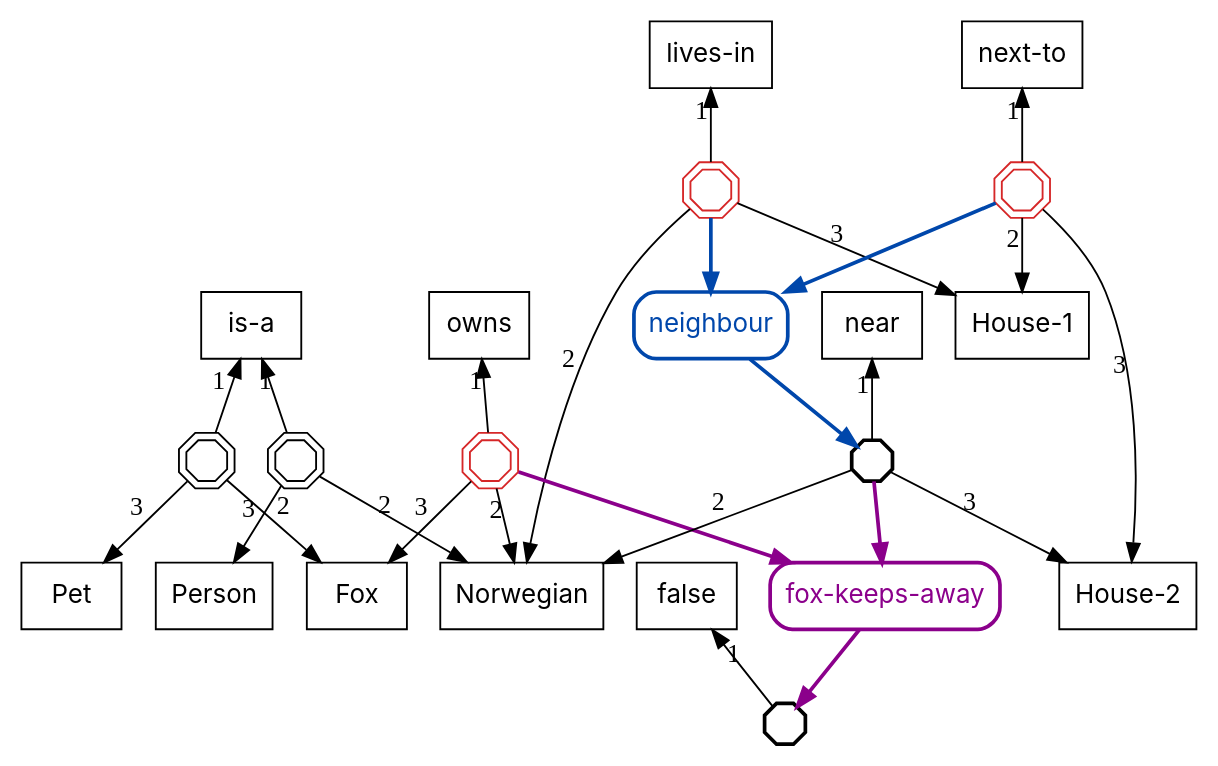
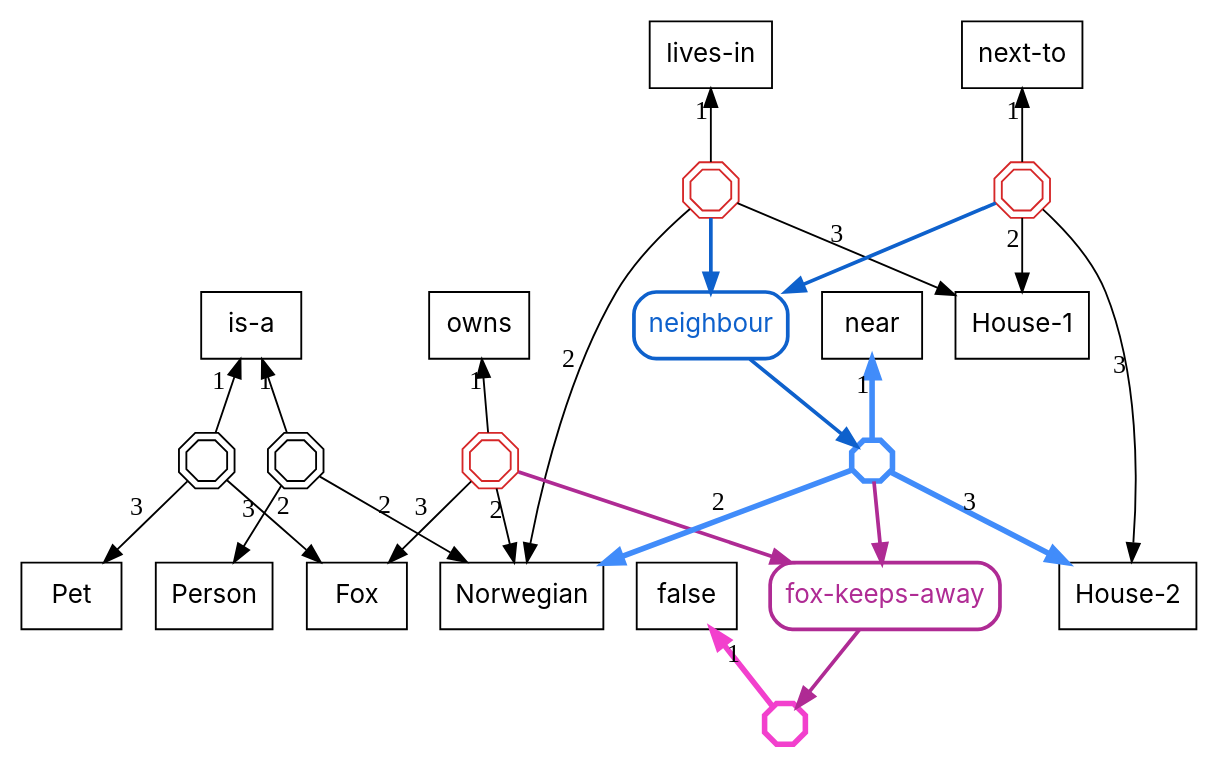
One commit to agutikov/ein changed the diagram in docs/ein/reasoning/02-kb-evolution/diagrams/09-core-in-derivation.dot. Above: the diagram before and after it, drawn with Graphviz. The commit also changed 31 other files, not shown here.

```diff
--- a/docs/ein/reasoning/02-kb-evolution/diagrams/09-core-in-derivation.dot
+++ b/docs/ein/reasoning/02-kb-evolution/diagrams/09-core-in-derivation.dot
@@ -1,39 +1,39 @@
 digraph core_in_derivation {
   rankdir=TB;
   node [fontname="Inter", shape=box];
   ranksep=0.55;
   "f_ba78d8e6bc" [shape=octagon, label="", width=0.3, height=0.3, fixedsize=true, peripheries=2, color="#d62728"];
   "f_203bb25e0e" [shape=octagon, label="", width=0.3, height=0.3, fixedsize=true, peripheries=2, color="#d62728"];
   "f_e42df9f04f" [shape=octagon, label="", width=0.3, height=0.3, fixedsize=true, peripheries=2, color="#d62728"];
   "g1" [shape=octagon, label="", width=0.3, height=0.3, fixedsize=true, peripheries=2];
   "g2" [shape=octagon, label="", width=0.3, height=0.3, fixedsize=true, peripheries=2];
-  "f_cb1915def2" [shape=octagon, label="", width=0.3, height=0.3, fixedsize=true, penwidth=2];
-  "f_a1f94f5b63" [shape=octagon, label="", width=0.3, height=0.3, fixedsize=true, penwidth=2];
-  "fire0_neighbour" [shape=box, style="rounded", color="#0047ab", fontcolor="#0047ab", penwidth=2, label="neighbour"];
-  "fire0_fox-keeps-away" [shape=box, style="rounded", color="#8b008b", fontcolor="#8b008b", penwidth=2, label="fox-keeps-away"];
+  "f_cb1915def2" [shape=octagon, label="", width=0.3, height=0.3, fixedsize=true, color="#418cfa", fontcolor="#418cfa", penwidth=3];
+  "f_a1f94f5b63" [shape=octagon, label="", width=0.3, height=0.3, fixedsize=true, color="#f240cd", fontcolor="#f240cd", penwidth=3];
+  "fire0_neighbour" [shape=box, style="rounded", color="#0e61cc", fontcolor="#0e61cc", penwidth=2, label="neighbour"];
+  "fire0_fox-keeps-away" [shape=box, style="rounded", color="#af2b94", fontcolor="#af2b94", penwidth=2, label="fox-keeps-away"];
   "lives-in" -> "f_ba78d8e6bc" [xlabel="1", dir=back];
   "f_ba78d8e6bc" -> "Norwegian" [xlabel="2"];
   "f_ba78d8e6bc" -> "House-1" [xlabel="3"];
   "next-to" -> "f_203bb25e0e" [xlabel="1", dir=back];
   "f_203bb25e0e" -> "House-1" [xlabel="2"];
   "f_203bb25e0e" -> "House-2" [xlabel="3"];
   "owns" -> "f_e42df9f04f" [xlabel="1", dir=back];
   "f_e42df9f04f" -> "Norwegian" [xlabel="2"];
   "f_e42df9f04f" -> "Fox" [xlabel="3"];
   "is-a" -> "g1" [xlabel="1", dir=back];
   "g1" -> "Norwegian" [xlabel="2"];
   "g1" -> "Person" [xlabel="3"];
   "is-a" -> "g2" [xlabel="1", dir=back];
   "g2" -> "Fox" [xlabel="2"];
   "g2" -> "Pet" [xlabel="3"];
-  "near" -> "f_cb1915def2" [xlabel="1", dir=back];
-  "f_cb1915def2" -> "Norwegian" [xlabel="2"];
-  "f_cb1915def2" -> "House-2" [xlabel="3"];
-  "false" -> "f_a1f94f5b63" [xlabel="1", dir=back];
-  "f_ba78d8e6bc" -> "fire0_neighbour" [color="#0047ab", penwidth=2];
-  "f_203bb25e0e" -> "fire0_neighbour" [color="#0047ab", penwidth=2];
-  "fire0_neighbour" -> "f_cb1915def2" [color="#0047ab", penwidth=2];
-  "f_e42df9f04f" -> "fire0_fox-keeps-away" [color="#8b008b", penwidth=2];
-  "f_cb1915def2" -> "fire0_fox-keeps-away" [color="#8b008b", penwidth=2];
-  "fire0_fox-keeps-away" -> "f_a1f94f5b63" [color="#8b008b", penwidth=2];
+  "near" -> "f_cb1915def2" [xlabel="1", dir=back, color="#418cfa", penwidth=3];
+  "f_cb1915def2" -> "Norwegian" [xlabel="2", color="#418cfa", penwidth=3];
+  "f_cb1915def2" -> "House-2" [xlabel="3", color="#418cfa", penwidth=3];
+  "false" -> "f_a1f94f5b63" [xlabel="1", dir=back, color="#f240cd", penwidth=3];
+  "f_ba78d8e6bc" -> "fire0_neighbour" [color="#0e61cc", penwidth=2];
+  "f_203bb25e0e" -> "fire0_neighbour" [color="#0e61cc", penwidth=2];
+  "fire0_neighbour" -> "f_cb1915def2" [color="#0e61cc", penwidth=2];
+  "f_e42df9f04f" -> "fire0_fox-keeps-away" [color="#af2b94", penwidth=2];
+  "f_cb1915def2" -> "fire0_fox-keeps-away" [color="#af2b94", penwidth=2];
+  "fire0_fox-keeps-away" -> "f_a1f94f5b63" [color="#af2b94", penwidth=2];
 }
```
